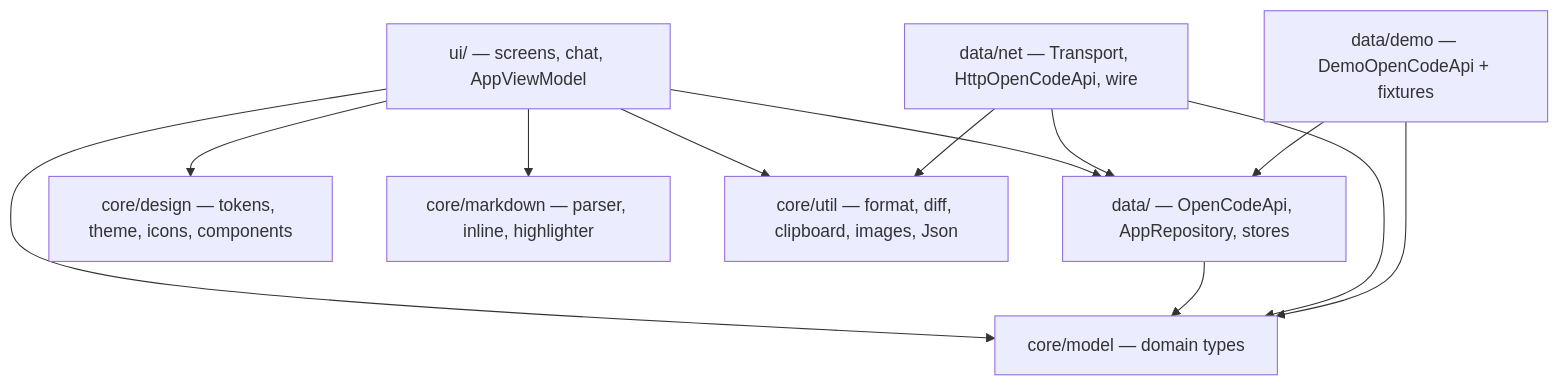
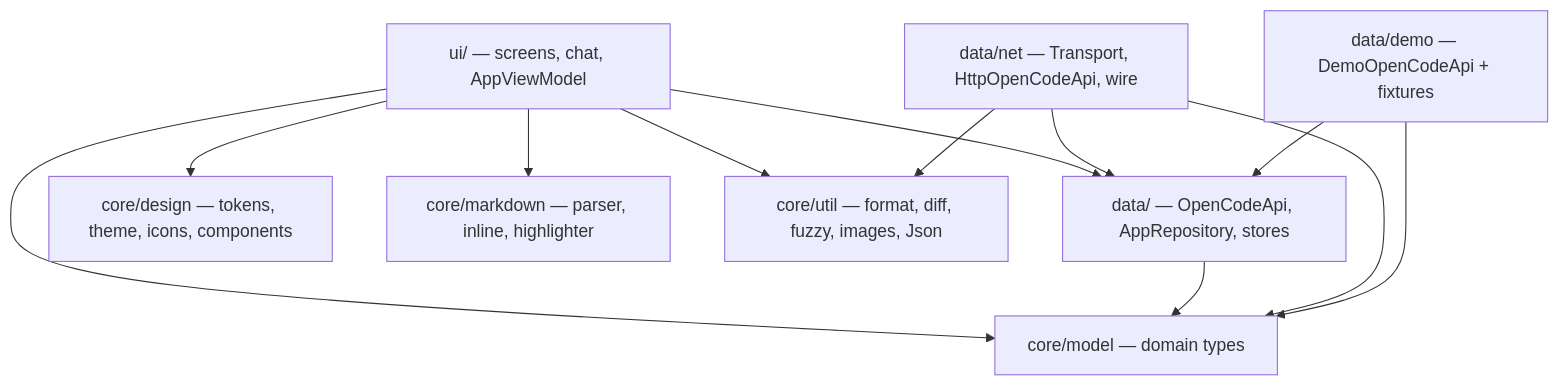
One commit to mhs003/edgecode changed the diagram in ARCHITECTURE.md. Above: the diagram before and after it, drawn with Mermaid. The commit also changed other lines of this file and 4 other files, not shown here.

````diff
--- a/ARCHITECTURE.md
+++ b/ARCHITECTURE.md
@@ -25,23 +25,23 @@
 ```mermaid
 graph TD
     UI["ui/ — screens, chat, AppViewModel"]
     MODEL["core/model — domain types"]
     DATA["data/ — OpenCodeApi, AppRepository, stores"]
     NET["data/net — Transport, HttpOpenCodeApi, wire"]
     DEMO["data/demo — DemoOpenCodeApi + fixtures"]
     DESIGN["core/design — tokens, theme, icons, components"]
     MD["core/markdown — parser, inline, highlighter"]
-    UTIL["core/util — format, diff, clipboard, images, Json"]
+    UTIL["core/util — format, diff, fuzzy, images, Json"]
 
     UI --> MODEL
     UI --> DESIGN
     UI --> MD
     UI --> UTIL
     UI --> DATA
     DATA --> MODEL
     NET --> DATA
     NET --> MODEL
     NET --> UTIL
     DEMO --> DATA
     DEMO --> MODEL
 ```
````
